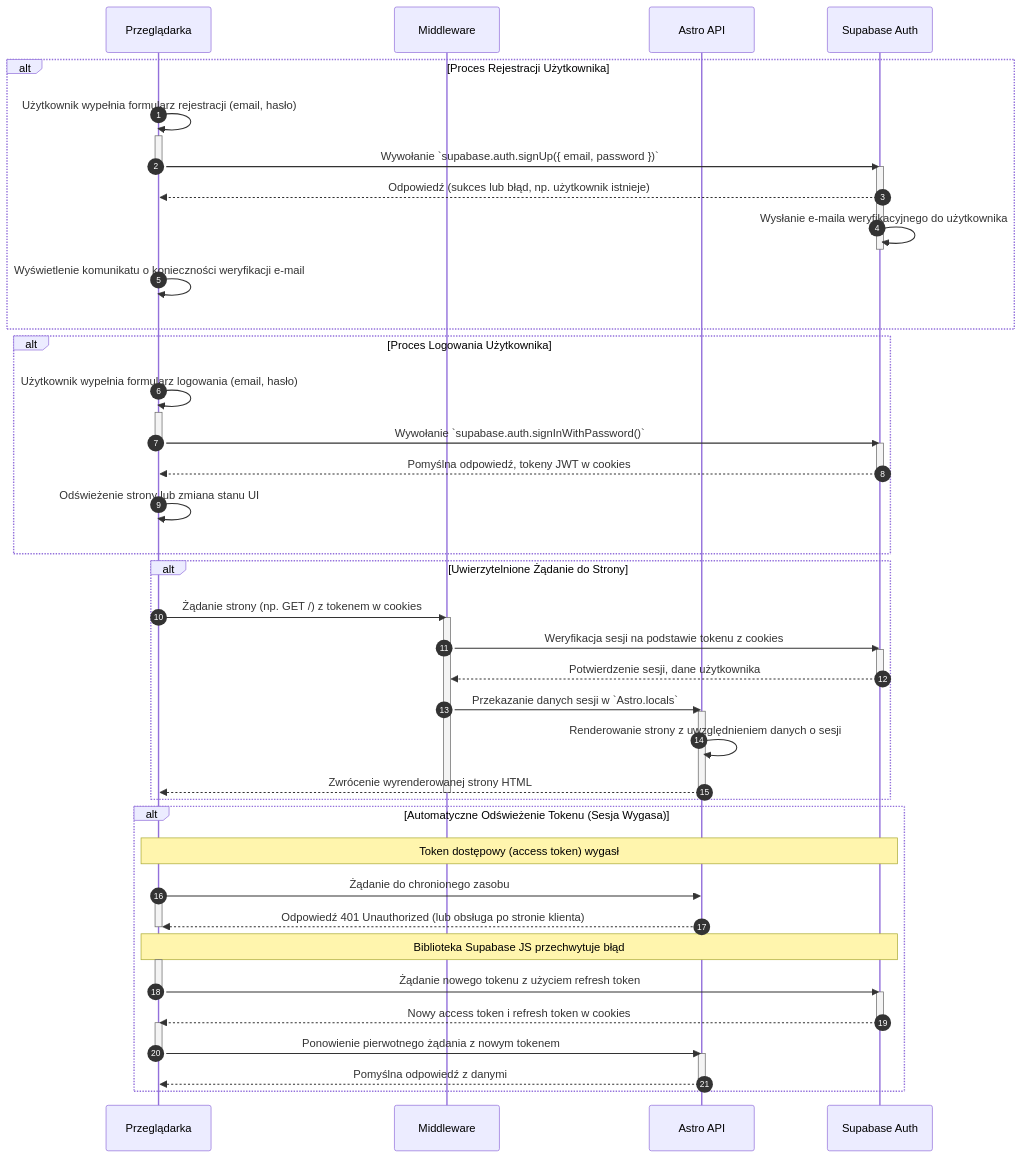
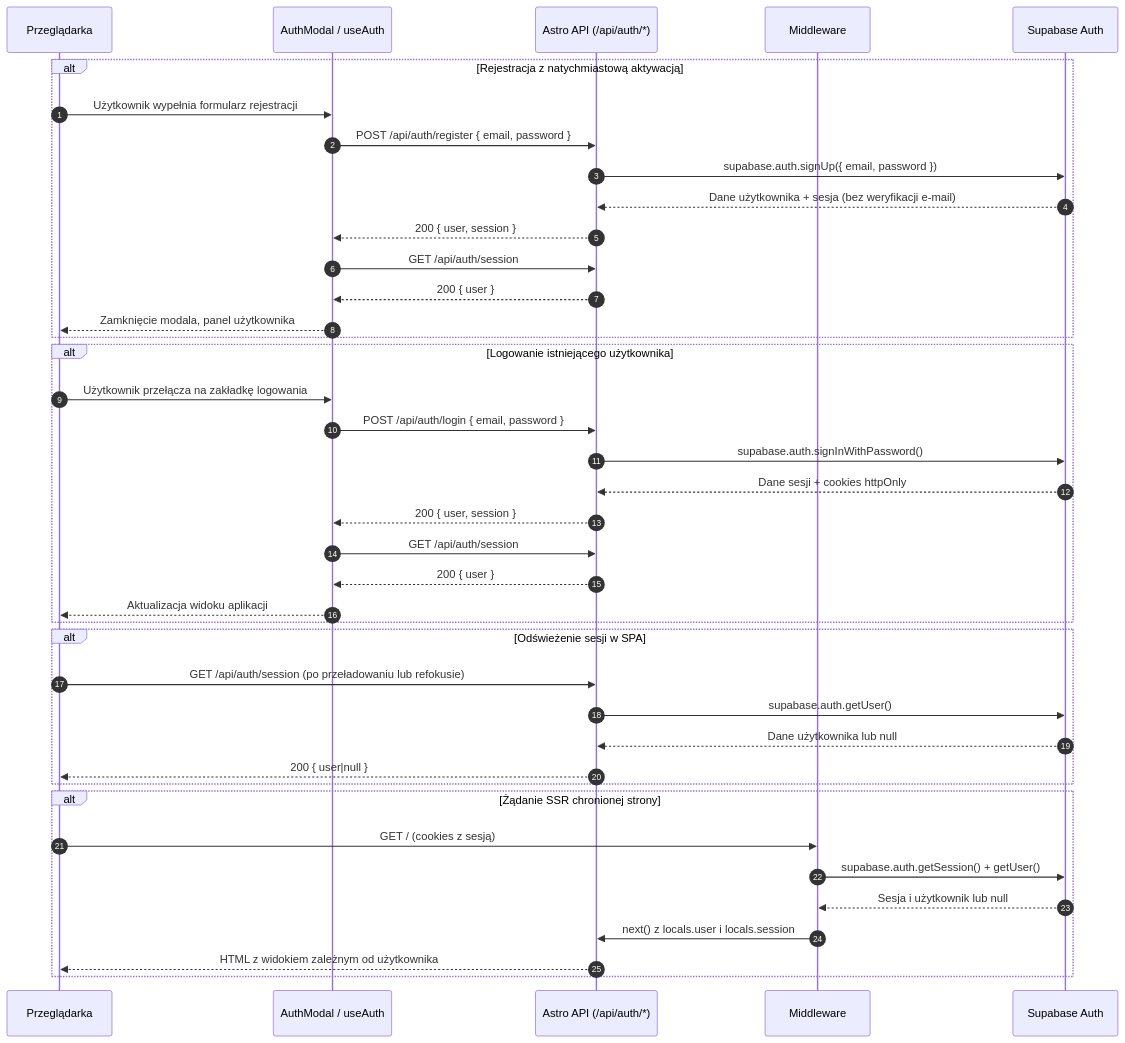
One commit to kkempa-fp/10x-hymns changed the diagram in .ai/diagrams/auth.md. Above: the diagram before and after it, drawn with Mermaid. The commit also changed 25 other files, not shown here.

````diff
--- a/.ai/diagrams/auth.md
+++ b/.ai/diagrams/auth.md
@@ -1,79 +1,47 @@
 ```mermaid
 sequenceDiagram
     autonumber
 
-    participant Przeglądarka
+    participant Browser as Przeglądarka
+    participant Modal as AuthModal / useAuth
+    participant API as Astro API (/api/auth/*)
     participant Middleware
-    participant Astro API
-    participant Supabase Auth
+    participant Supabase as Supabase Auth
 
-    alt Proces Rejestracji Użytkownika
-
-        Przeglądarka->>Przeglądarka: Użytkownik wypełnia formularz rejestracji (email, hasło)
-        activate Przeglądarka
-        Przeglądarka->>Supabase Auth: Wywołanie `supabase.auth.signUp({ email, password })`
-        deactivate Przeglądarka
-        activate Supabase Auth
-        Supabase Auth-->>Przeglądarka: Odpowiedź (sukces lub błąd, np. użytkownik istnieje)
-        Supabase Auth->>Supabase Auth: Wysłanie e-maila weryfikacyjnego do użytkownika
-        deactivate Supabase Auth
-        Przeglądarka->>Przeglądarka: Wyświetlenie komunikatu o konieczności weryfikacji e-mail
-
+    alt Rejestracja z natychmiastową aktywacją
+        Browser->>Modal: Użytkownik wypełnia formularz rejestracji
+        Modal->>API: POST /api/auth/register { email, password }
+        API->>Supabase: supabase.auth.signUp({ email, password })
+        Supabase-->>API: Dane użytkownika + sesja (bez weryfikacji e-mail)
+        API-->>Modal: 200 { user, session }
+        Modal->>API: GET /api/auth/session
+        API-->>Modal: 200 { user }
+        Modal-->>Browser: Zamknięcie modala, panel użytkownika
     end
 
-    alt Proces Logowania Użytkownika
-
-        Przeglądarka->>Przeglądarka: Użytkownik wypełnia formularz logowania (email, hasło)
-        activate Przeglądarka
-        Przeglądarka->>Supabase Auth: Wywołanie `supabase.auth.signInWithPassword()`
-        deactivate Przeglądarka
-        activate Supabase Auth
-        Supabase Auth-->>Przeglądarka: Pomyślna odpowiedź, tokeny JWT w cookies
-        deactivate Supabase Auth
-        Przeglądarka->>Przeglądarka: Odświeżenie strony lub zmiana stanu UI
-
+    alt Logowanie istniejącego użytkownika
+        Browser->>Modal: Użytkownik przełącza na zakładkę logowania
+        Modal->>API: POST /api/auth/login { email, password }
+        API->>Supabase: supabase.auth.signInWithPassword()
+        Supabase-->>API: Dane sesji + cookies httpOnly
+        API-->>Modal: 200 { user, session }
+        Modal->>API: GET /api/auth/session
+        API-->>Modal: 200 { user }
+        Modal-->>Browser: Aktualizacja widoku aplikacji
     end
 
-    alt Uwierzytelnione Żądanie do Strony
-
-        Przeglądarka->>Middleware: Żądanie strony (np. GET /) z tokenem w cookies
-        activate Middleware
-        Middleware->>Supabase Auth: Weryfikacja sesji na podstawie tokenu z cookies
-        activate Supabase Auth
-        Supabase Auth-->>Middleware: Potwierdzenie sesji, dane użytkownika
-        deactivate Supabase Auth
-        Middleware->>Astro API: Przekazanie danych sesji w `Astro.locals`
-        activate Astro API
-        Astro API->>Astro API: Renderowanie strony z uwzględnieniem danych o sesji
-        Astro API-->>Przeglądarka: Zwrócenie wyrenderowanej strony HTML
-        deactivate Astro API
-        deactivate Middleware
-
+    alt Odświeżenie sesji w SPA
+        Browser->>API: GET /api/auth/session (po przeładowaniu lub refokusie)
+        API->>Supabase: supabase.auth.getUser()
+        Supabase-->>API: Dane użytkownika lub null
+        API-->>Browser: 200 { user|null }
     end
 
-    alt Automatyczne Odświeżenie Tokenu (Sesja Wygasa)
-
-        Note over Przeglądarka,Supabase Auth: Token dostępowy (access token) wygasł
-        Przeglądarka->>Astro API: Żądanie do chronionego zasobu
-        activate Przeglądarka
-        Astro API-->>Przeglądarka: Odpowiedź 401 Unauthorized (lub obsługa po stronie klienta)
-        deactivate Przeglądarka
-
-        Note over Przeglądarka,Supabase Auth: Biblioteka Supabase JS przechwytuje błąd
-
-        activate Przeglądarka
-        Przeglądarka->>Supabase Auth: Żądanie nowego tokenu z użyciem refresh token
-        deactivate Przeglądarka
-        activate Supabase Auth
-        Supabase Auth-->>Przeglądarka: Nowy access token i refresh token w cookies
-        deactivate Supabase Auth
-
-        activate Przeglądarka
-        Przeglądarka->>Astro API: Ponowienie pierwotnego żądania z nowym tokenem
-        deactivate Przeglądarka
-        activate Astro API
-        Astro API-->>Przeglądarka: Pomyślna odpowiedź z danymi
-        deactivate Astro API
-
+    alt Żądanie SSR chronionej strony
+        Browser->>Middleware: GET / (cookies z sesją)
+        Middleware->>Supabase: supabase.auth.getSession() + getUser()
+        Supabase-->>Middleware: Sesja i użytkownik lub null
+        Middleware->>API: next() z locals.user i locals.session
+        API-->>Browser: HTML z widokiem zależnym od użytkownika
     end
 ```
````
